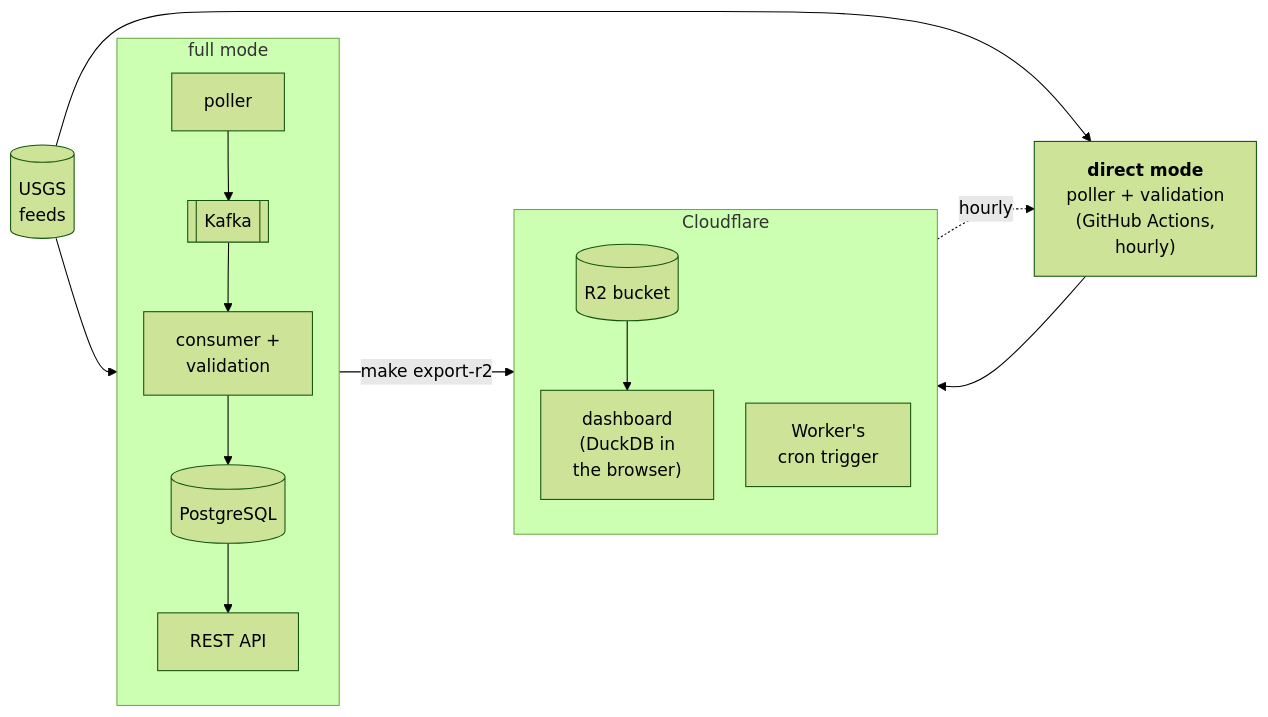
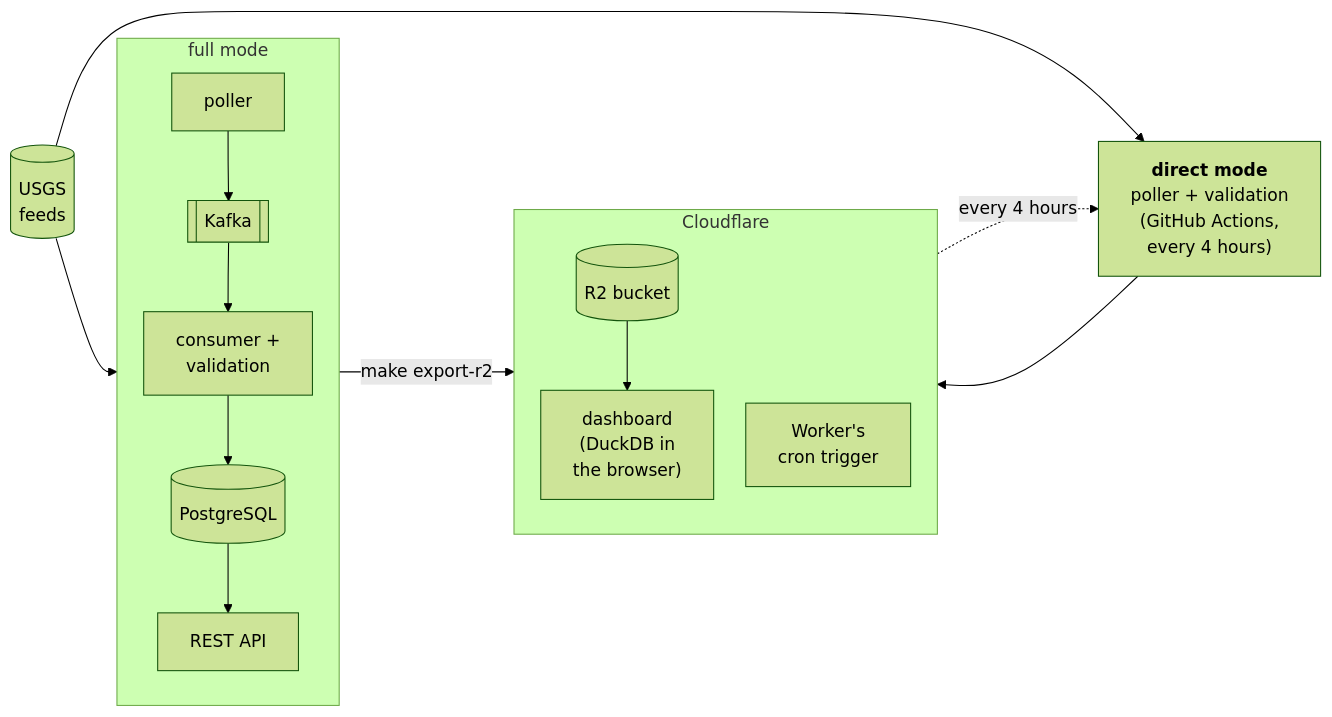
One commit to dienarvaez1/earth-hub changed the first of 2 diagrams in README.md. Above: the diagram before and after it, drawn with Mermaid (forest theme). The commit also changed other lines of this file and 33 other files, not shown here.

First line of the commit message:
feat: /eh-reconcile for any range by day, month or year; direct rounds every 4 hours; DEF-066 and DEF-067 (open); DEF-064/065 fixed in #69 (#70)

````diff
--- a/README.md
+++ b/README.md
@@ -15,21 +15,21 @@
 ```mermaid
 %%{init: {"flowchart": {"rankSpacing": 40, "nodeSpacing": 30}}}%%
 flowchart LR
     usgs[("USGS<br/>feeds")]
     subgraph full["full mode"]
         direction TB
         poller --> kafka[["Kafka"]] --> consumer["consumer +<br/>validation"]
         consumer --> pg[("PostgreSQL")] --> api["REST API"]
     end
-    direct["<b>direct mode</b><br/>poller + validation<br/>(GitHub Actions,<br/>hourly)"]
+    direct["<b>direct mode</b><br/>poller + validation<br/>(GitHub Actions,<br/>every 4 hours)"]
     subgraph cf["Cloudflare"]
         direction TB
         r2[("R2 bucket")] --> dash["dashboard<br/>(DuckDB in<br/>the browser)"]
         cron["Worker's<br/>cron trigger"]
     end
     usgs --> full
     usgs --> direct
     full -- "make export-r2" --> r2
     direct --> r2
-    cron -. "hourly" .-> direct
+    cron -. "every 4 hours" .-> direct
 ```
````
